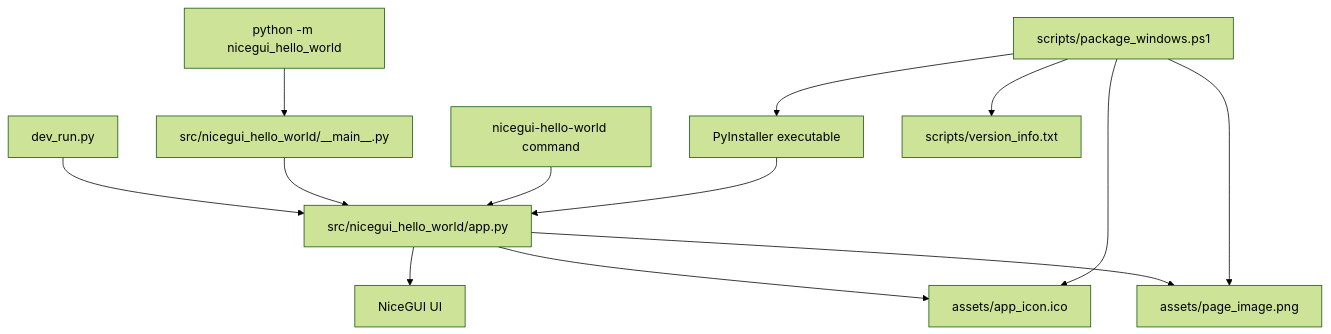
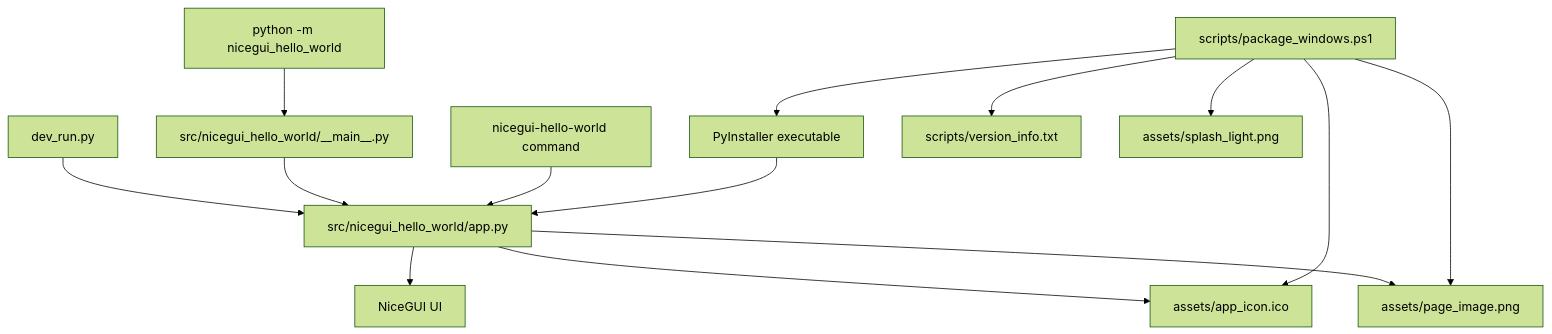
Before and after one commit to Fonze81/NiceGui-Windows-Base: the diagram in docs/README.md, drawn with Mermaid (forest theme). The commit also changed other lines of this file and 16 other files, not shown here.

````diff
--- a/docs/README.md
+++ b/docs/README.md
@@ -25,15 +25,16 @@
 ```mermaid
 flowchart TD
     A[dev_run.py] --> B[src/nicegui_hello_world/app.py]
     C[python -m nicegui_hello_world] --> D[src/nicegui_hello_world/__main__.py]
     D --> B
     E[nicegui-hello-world command] --> B
     F[PyInstaller executable] --> B
     B --> G[NiceGUI UI]
     B --> H[assets/app_icon.ico]
     B --> I[assets/page_image.png]
     J[scripts/package_windows.ps1] --> F
     J --> H
     J --> I
     J --> K[scripts/version_info.txt]
+    J --> L[assets/splash_light.png]
 ```
````
